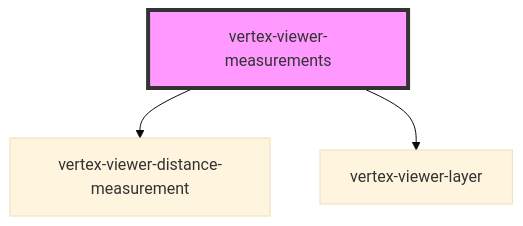
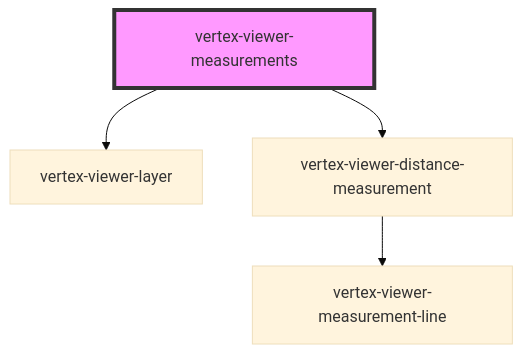
One commit to Vertexvis/vertex-web-sdk changed the diagram in packages/viewer/src/components/viewer-measurements/readme.md. Above: the diagram before and after it, drawn with Mermaid (base theme). The commit also changed other lines of this file and 20 other files, not shown here.

````diff
--- a/packages/viewer/src/components/viewer-measurements/readme.md
+++ b/packages/viewer/src/components/viewer-measurements/readme.md
@@ -33,6 +67,7 @@
 ```mermaid
 graph TD;
+  vertex-viewer-measurements --> vertex-viewer-layer
   vertex-viewer-measurements --> vertex-viewer-distance-measurement
-  vertex-viewer-measurements --> vertex-viewer-layer
+  vertex-viewer-distance-measurement --> vertex-viewer-measurement-line
   style vertex-viewer-measurements fill:#f9f,stroke:#333,stroke-width:4px
 ```
````
